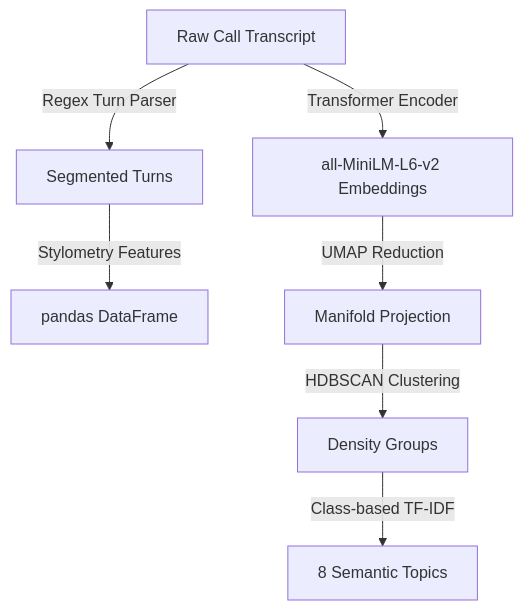
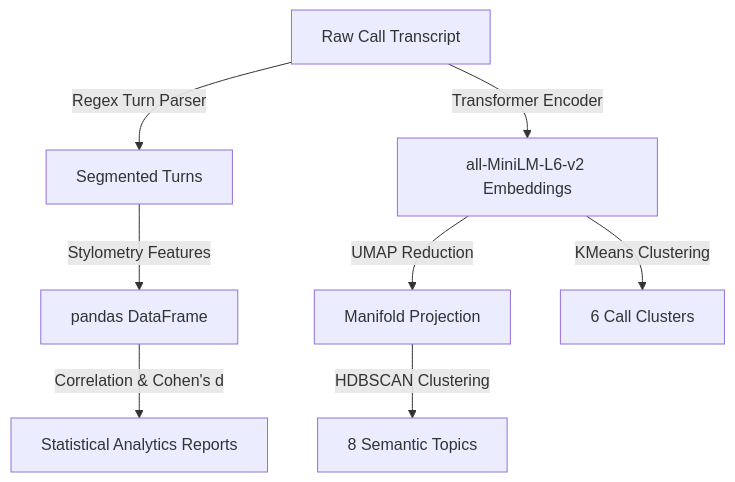
The diagram in docs/Architecture.md (DILIP-KANNAN/Sutherland-Intern), drawn with Mermaid before and after one commit. The commit also changed other lines of this file and 3 other files, not shown here.

Commit message:
Update project documentation (README, Architecture, Handover, and Setup guides) to document Phase 3 clustering, outcome analysis, and interactive visualizations

````diff
--- a/docs/Architecture.md
+++ b/docs/Architecture.md
@@ -26,9 +28,10 @@
 ```mermaid
 graph TD
     A[Raw Call Transcript] -->|Regex Turn Parser| B[Segmented Turns]
     B -->|Stylometry Features| C[pandas DataFrame]
     A -->|Transformer Encoder| D[all-MiniLM-L6-v2 Embeddings]
     D -->|UMAP Reduction| E[Manifold Projection]
-    E -->|HDBSCAN Clustering| F[Density Groups]
-    F -->|Class-based TF-IDF| G[8 Semantic Topics]
+    E -->|HDBSCAN Clustering| F[8 Semantic Topics]
+    D -->|KMeans Clustering| H[6 Call Clusters]
+    C -->|Correlation & Cohen's d| I[Statistical Analytics Reports]
 ```
````
